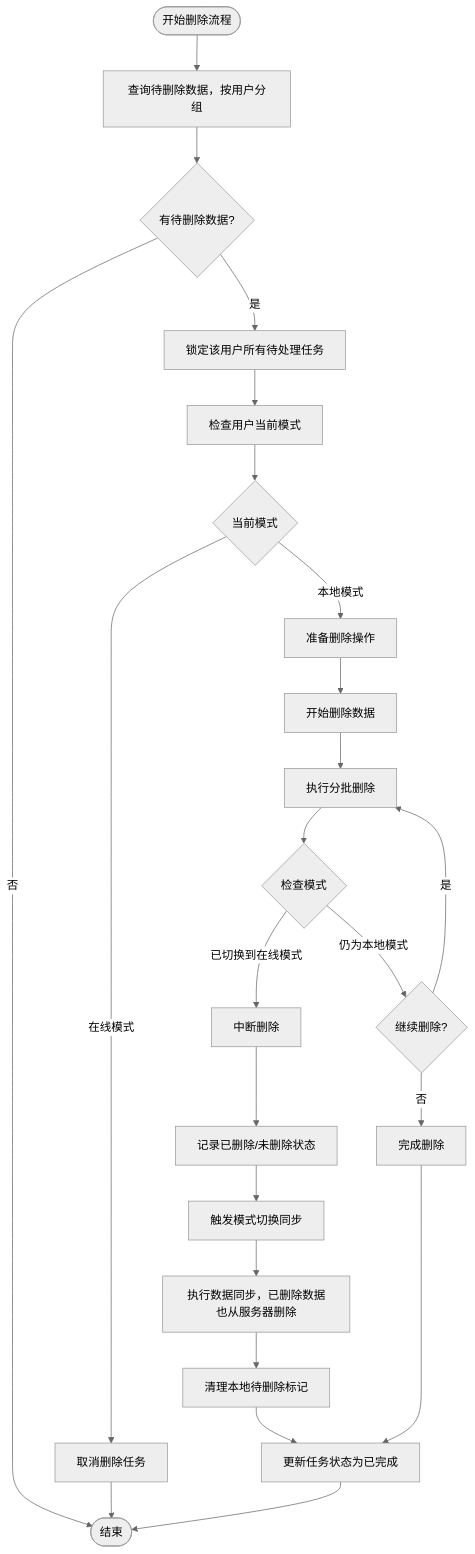
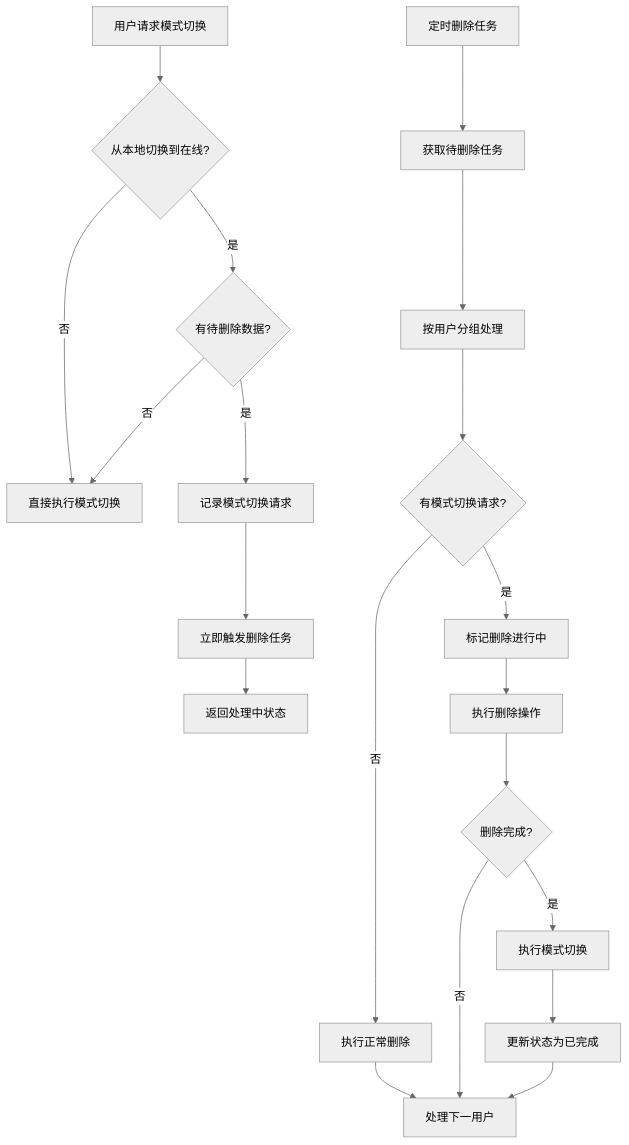
One commit to yingjianzh/iodraw-files changed the diagram in all/未命名-57.md. Above: the diagram before and after it, drawn with Mermaid (neutral theme).

Commit message:
2025-05-12 11:08:17 update

````diff
--- a/all/未命名-57.md
+++ b/all/未命名-57.md
@@ -1,36 +1,26 @@
 ```mermaid
 flowchart TD
-    Start([开始删除流程]) --> FetchTasks[查询待删除数据，按用户分组]
-    FetchTasks --> HasTasks{有待删除数据?}
+    API[用户请求模式切换] --> CheckMode{从本地切换到在线?}
+    CheckMode -->|否| DirectSwitch[直接执行模式切换]
+    CheckMode -->|是| CheckDeletion{有待删除数据?}
     
-    HasTasks -->|否| End([结束])
-    HasTasks -->|是| LockTasks[锁定该用户所有待处理任务]
+    CheckDeletion -->|否| DirectSwitch
+    CheckDeletion -->|是| RecordRequest[记录模式切换请求]
+    RecordRequest --> TriggerDeletion[立即触发删除任务]
+    TriggerDeletion --> ReturnProcessing[返回处理中状态]
     
-    LockTasks --> CheckUserMode[检查用户当前模式]
-    CheckUserMode --> CurrentMode{当前模式}
+    ScheduledTask[定时删除任务] --> FetchTasks[获取待删除任务]
+    FetchTasks --> ProcessByUser[按用户分组处理]
+    ProcessByUser --> CheckSwitch{有模式切换请求?}
     
-    CurrentMode -->|在线模式| CancelTasks[取消删除任务]
-    CurrentMode -->|本地模式| PrepareDelete[准备删除操作]
+    CheckSwitch -->|是| MarkProcessing[标记删除进行中]
+    CheckSwitch -->|否| RegularDelete[执行正常删除]
+    MarkProcessing --> ExecuteDelete[执行删除操作]
+    RegularDelete --> NextUser[处理下一用户]
     
-    PrepareDelete --> StartDelete[开始删除数据]
-    
-    StartDelete --> DeleteProcess[执行分批删除]
-    DeleteProcess --> CheckModeDuring{检查模式}
-    
-    CheckModeDuring -->|仍为本地模式| ContinueDelete{继续删除?}
-    ContinueDelete -->|是| DeleteProcess
-    ContinueDelete -->|否| CompleteDelete[完成删除]
-    
-    CheckModeDuring -->|已切换到在线模式| InterruptDelete[中断删除]
-    InterruptDelete --> RecordState[记录已删除/未删除状态]
-    RecordState --> TriggerSync[触发模式切换同步]
-    
-    TriggerSync --> SyncProcess[执行数据同步，已删除数据也从服务器删除]
-    SyncProcess --> CleanupMarkers[清理本地待删除标记]
-    
-    CleanupMarkers --> UpdateStatus[更新任务状态为已完成]
-    CompleteDelete --> UpdateStatus
-    
-    CancelTasks --> End
-    UpdateStatus --> End
+    ExecuteDelete --> CheckComplete{删除完成?}
+    CheckComplete -->|否| NextUser
+    CheckComplete -->|是| PerformSwitch[执行模式切换]
+    PerformSwitch --> UpdateStatus[更新状态为已完成]
+    UpdateStatus --> NextUser
 ```
````
